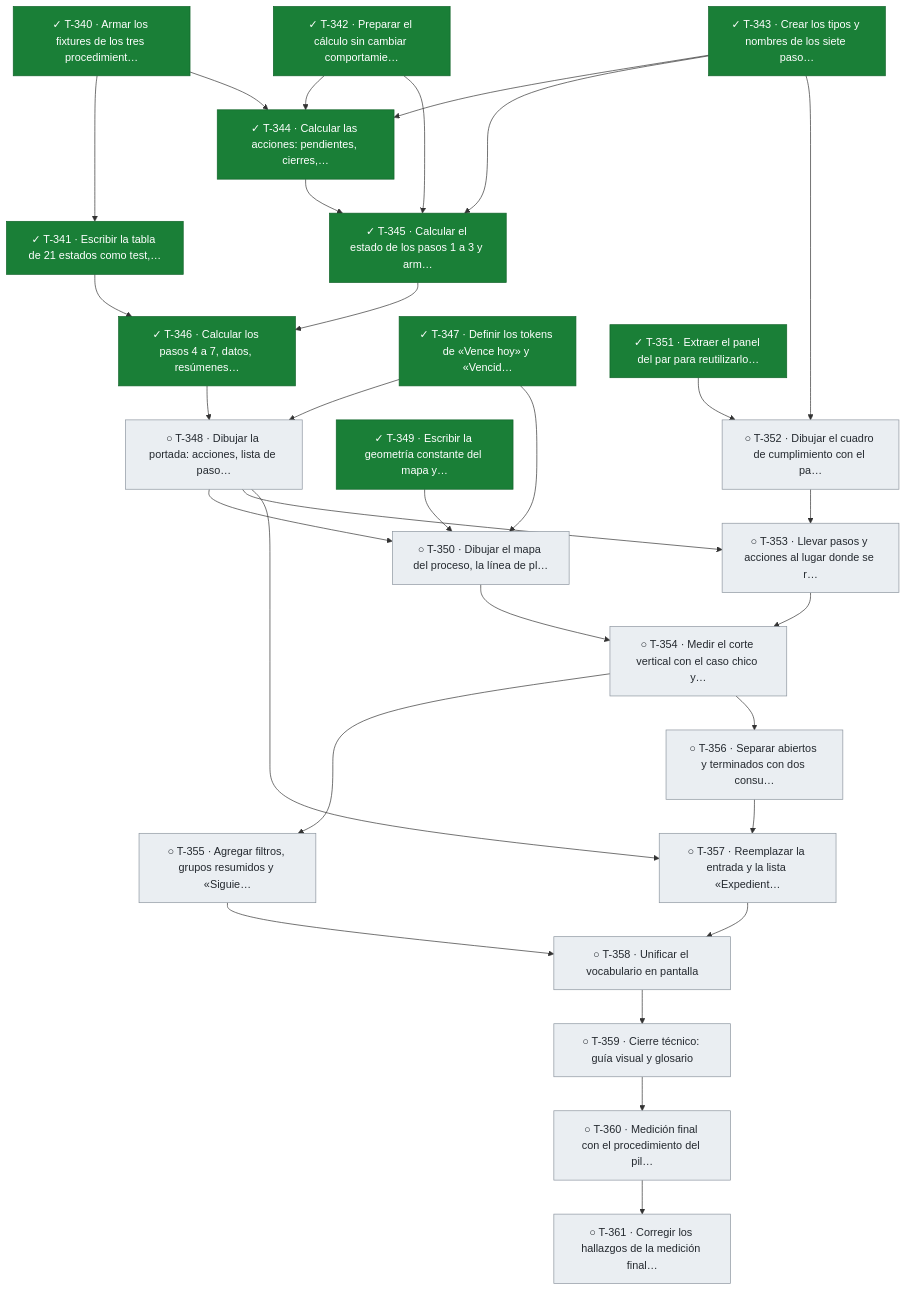
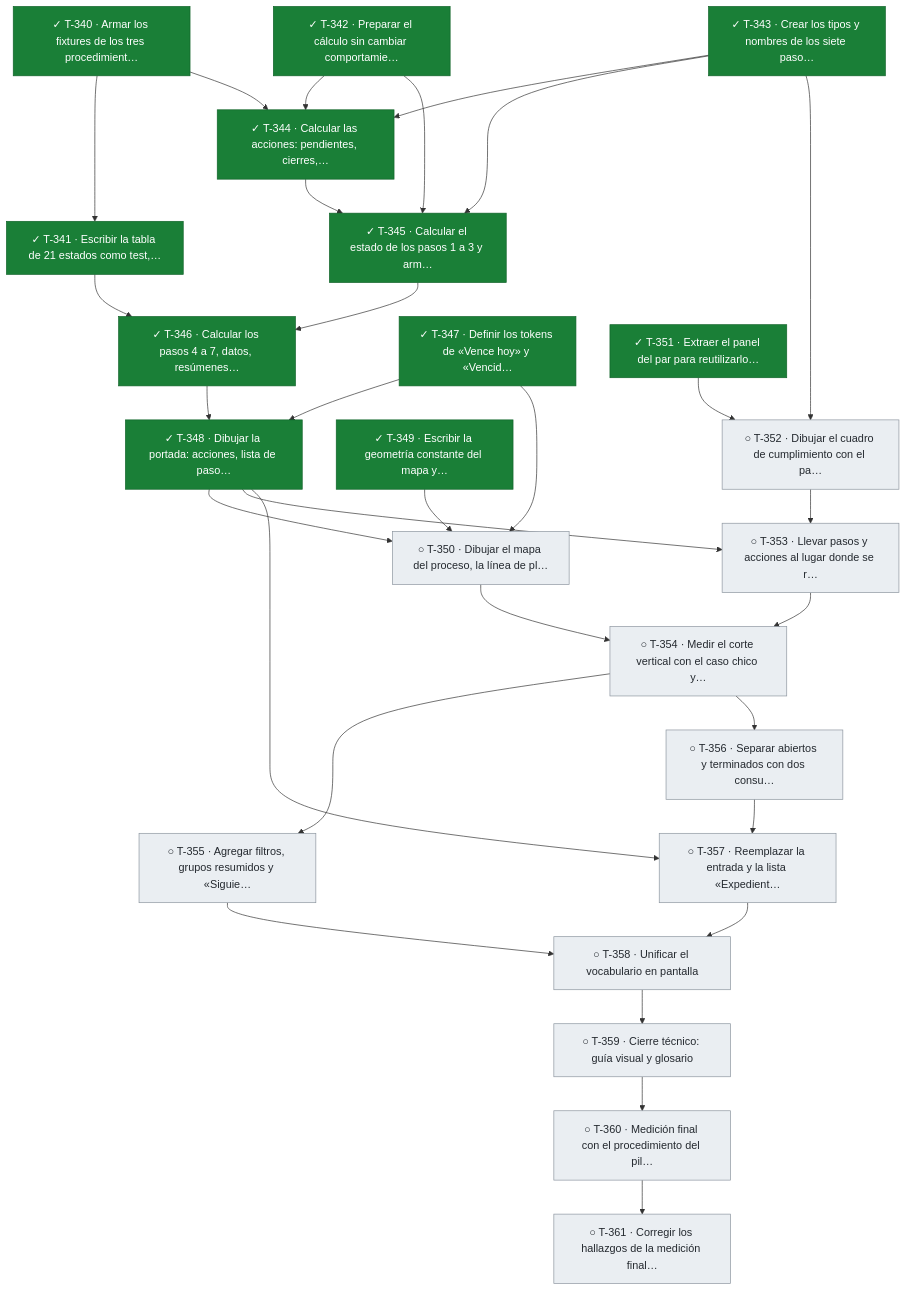
One commit to snavello/EVALUON changed diagram 25 of 25 in docs/tablero.md. Above: the diagram before and after it, drawn with Mermaid. The commit also changed other lines of this file and 1 other file, not shown here.

Commit message:
gestión: T-348 terminada (portada del procedimiento), avisos y tablero

````diff
--- a/docs/tablero.md
+++ b/docs/tablero.md
@@ -1922,59 +1922,59 @@
 ```mermaid
 flowchart TD
   T340["✓ T-340 · Armar los fixtures de los tres procedimient…"]:::done
   T341["✓ T-341 · Escribir la tabla de 21 estados como test,…"]:::done
   T342["✓ T-342 · Preparar el cálculo sin cambiar comportamie…"]:::done
   T343["✓ T-343 · Crear los tipos y nombres de los siete paso…"]:::done
   T344["✓ T-344 · Calcular las acciones: pendientes, cierres,…"]:::done
   T345["✓ T-345 · Calcular el estado de los pasos 1 a 3 y arm…"]:::done
   T346["✓ T-346 · Calcular los pasos 4 a 7, datos, resúmenes…"]:::done
   T347["✓ T-347 · Definir los tokens de «Vence hoy» y «Vencid…"]:::done
-  T348["○ T-348 · Dibujar la portada: acciones, lista de paso…"]:::todo
+  T348["✓ T-348 · Dibujar la portada: acciones, lista de paso…"]:::done
   T349["✓ T-349 · Escribir la geometría constante del mapa y…"]:::done
   T350["○ T-350 · Dibujar el mapa del proceso, la línea de pl…"]:::todo
   T351["✓ T-351 · Extraer el panel del par para reutilizarlo…"]:::done
   T352["○ T-352 · Dibujar el cuadro de cumplimiento con el pa…"]:::todo
   T353["○ T-353 · Llevar pasos y acciones al lugar donde se r…"]:::todo
   T354["○ T-354 · Medir el corte vertical con el caso chico y…"]:::todo
   T355["○ T-355 · Agregar filtros, grupos resumidos y «Siguie…"]:::todo
   T356["○ T-356 · Separar abiertos y terminados con dos consu…"]:::todo
   T357["○ T-357 · Reemplazar la entrada y la lista «Expedient…"]:::todo
   T358["○ T-358 · Unificar el vocabulario en pantalla"]:::todo
   T359["○ T-359 · Cierre técnico: guía visual y glosario"]:::todo
   T360["○ T-360 · Medición final con el procedimiento del pil…"]:::todo
   T361["○ T-361 · Corregir los hallazgos de la medición final…"]:::todo
   T340 --> T341
   T340 --> T344
   T342 --> T344
   T343 --> T344
   T342 --> T345
   T343 --> T345
   T344 --> T345
   T341 --> T346
   T345 --> T346
   T346 --> T348
   T347 --> T348
   T347 --> T350
   T348 --> T350
   T349 --> T350
   T343 --> T352
   T351 --> T352
   T348 --> T353
   T352 --> T353
   T350 --> T354
   T353 --> T354
   T354 --> T355
   T354 --> T356
   T348 --> T357
   T356 --> T357
   T355 --> T358
   T357 --> T358
   T358 --> T359
   T359 --> T360
   T360 --> T361
   classDef done fill:#1a7f37,stroke:#116329,color:#ffffff
   classDef review fill:#0969da,stroke:#0550ae,color:#ffffff
   classDef active fill:#bf8700,stroke:#7d4e00,color:#ffffff
   classDef blocked fill:#cf222e,stroke:#a40e26,color:#ffffff
   classDef todo fill:#eaeef2,stroke:#8c959f,color:#24292f
 ```
````
